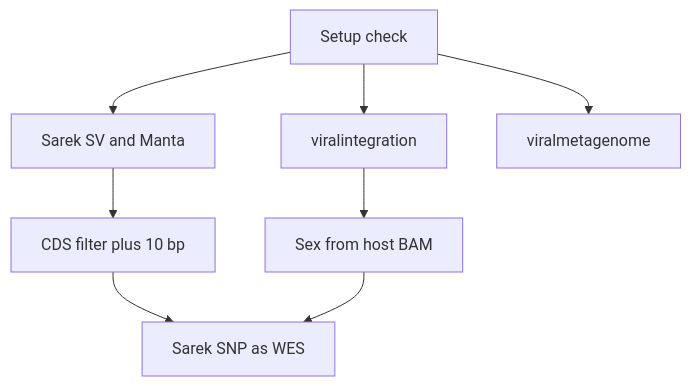
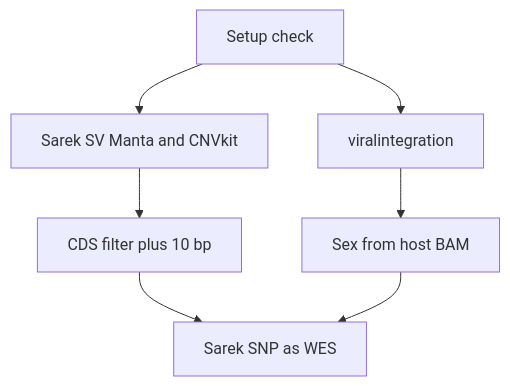
One commit to BraedanMc/AllCall changed the diagram in README.md. Above: the diagram before and after it, drawn with Mermaid. The commit also changed other lines of this file and 12 other files, not shown here.

First line of the commit message:
Add CNVkit to Sarek SV pass; defer viralmetagenome by default

````diff
--- a/README.md
+++ b/README.md
@@ -24,17 +25,15 @@
 ```mermaid
 flowchart TD
   setup[Setup check]
   vi[viralintegration]
-  sv[Sarek SV and Manta]
-  vm[viralmetagenome]
+  sv[Sarek SV Manta and CNVkit]
   filt[CDS filter plus 10 bp]
   sex[Sex from host BAM]
   snp[Sarek SNP as WES]
   setup --> vi
   setup --> sv
-  setup --> vm
   sv --> filt
   vi --> sex
   filt --> snp
   sex --> snp
 ```
````
